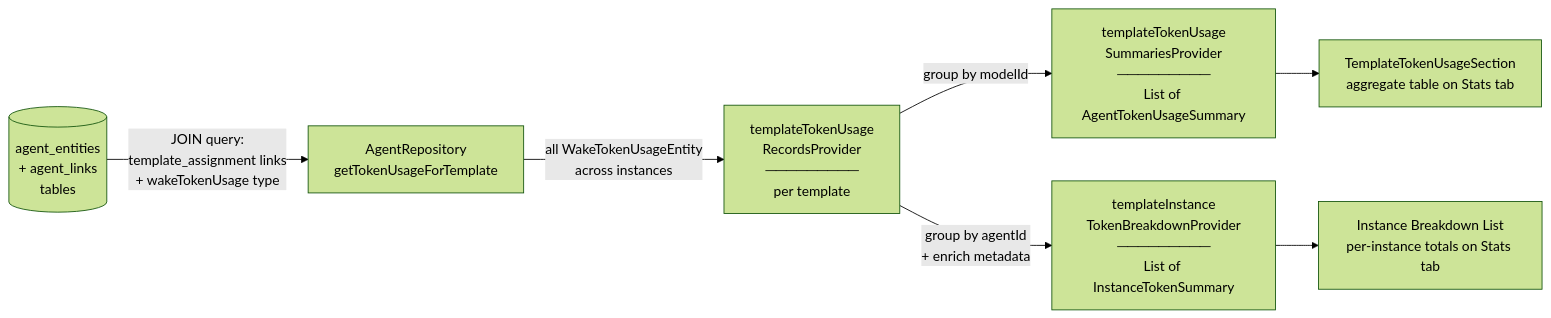
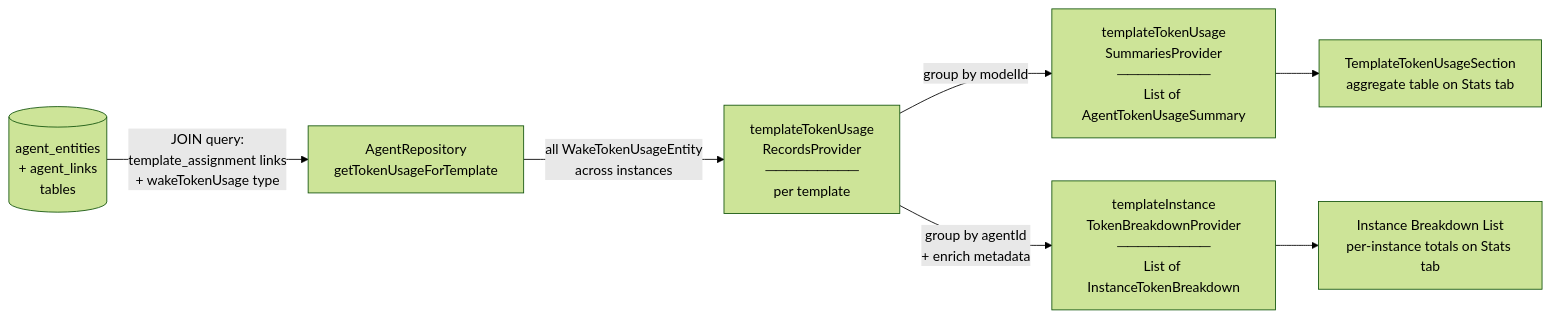
Before and after one commit to matthiasn/lotti: the fourth of 8 diagrams in docs/implementation_plans/2026-02-28_aggregate_token_usage_tracking.md, drawn with Mermaid (forest theme). The commit also changed other lines of this file and 18 other files, not shown here.

````diff
--- a/docs/implementation_plans/2026-02-28_aggregate_token_usage_tracking.md
+++ b/docs/implementation_plans/2026-02-28_aggregate_token_usage_tracking.md
@@ -102,9 +102,9 @@
 ```mermaid
 flowchart LR
     DB[(agent_entities<br/>+ agent_links<br/>tables)] -->|JOIN query:<br/>template_assignment links<br/>+ wakeTokenUsage type| Repo[AgentRepository<br/>getTokenUsageForTemplate]
     Repo -->|all WakeTokenUsageEntity<br/>across instances| TRecords[templateTokenUsage<br/>RecordsProvider<br/>─────────<br/>per template]
     TRecords -->|group by modelId| TSummaries[templateTokenUsage<br/>SummariesProvider<br/>─────────<br/>List of AgentTokenUsageSummary]
-    TRecords -->|group by agentId<br/>+ enrich metadata| TBreakdown[templateInstance<br/>TokenBreakdownProvider<br/>─────────<br/>List of InstanceTokenSummary]
+    TRecords -->|group by agentId<br/>+ enrich metadata| TBreakdown[templateInstance<br/>TokenBreakdownProvider<br/>─────────<br/>List of InstanceTokenBreakdown]
     TSummaries --> UI1[TemplateTokenUsageSection<br/>aggregate table on Stats tab]
     TBreakdown --> UI2[Instance Breakdown List<br/>per-instance totals on Stats tab]
 ```
````
